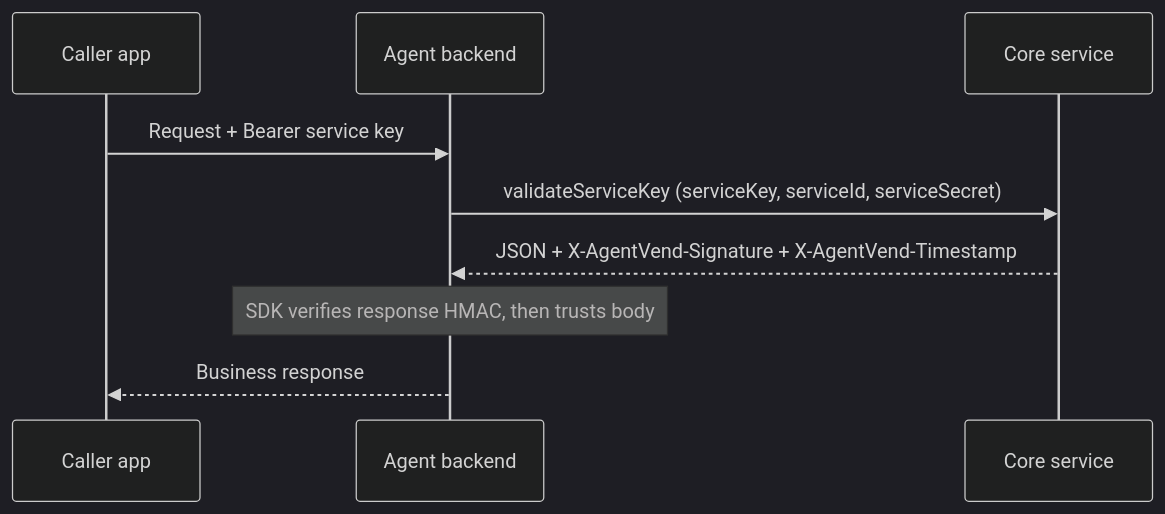
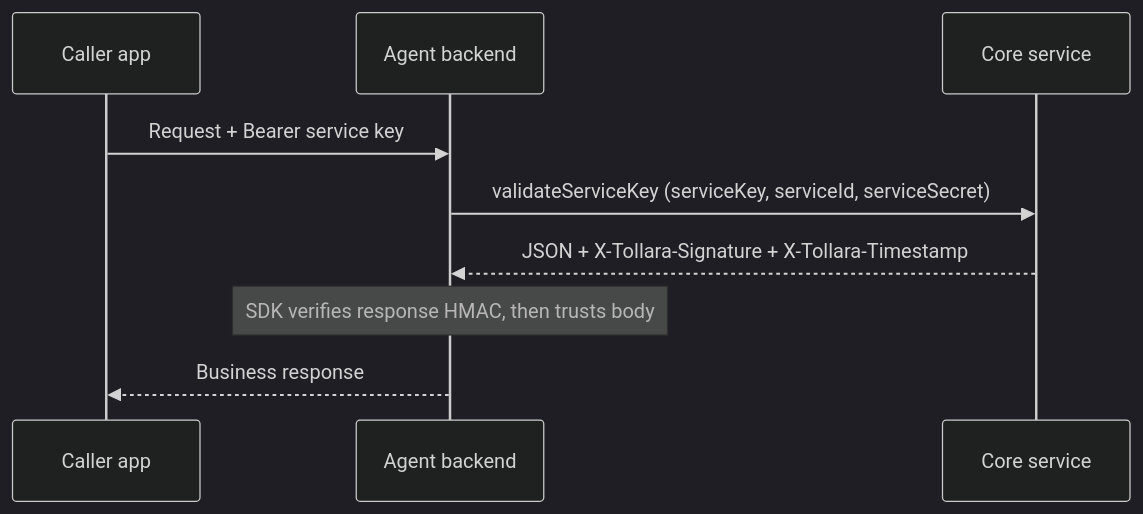
The sixth of 8 diagrams in docs/sdk-callers-and-backends.md (tollara/tollara-sdk), drawn with Mermaid (dark theme) before and after one commit. The commit also changed other lines of this file and 205 other files, not shown here.

````diff
--- a/docs/sdk-callers-and-backends.md
+++ b/docs/sdk-callers-and-backends.md
@@ -164,12 +164,12 @@
 ```mermaid
 sequenceDiagram
   participant Caller as Caller app
   participant Agent as Agent backend
   participant CORE as Core service
 
   Caller->>Agent: Request + Bearer service key
   Agent->>CORE: validateServiceKey (serviceKey, serviceId, serviceSecret)
-  CORE-->>Agent: JSON + X-AgentVend-Signature + X-AgentVend-Timestamp
+  CORE-->>Agent: JSON + X-Tollara-Signature + X-Tollara-Timestamp
   Note over Agent: SDK verifies response HMAC, then trusts body
   Agent-->>Caller: Business response
 ```
````
